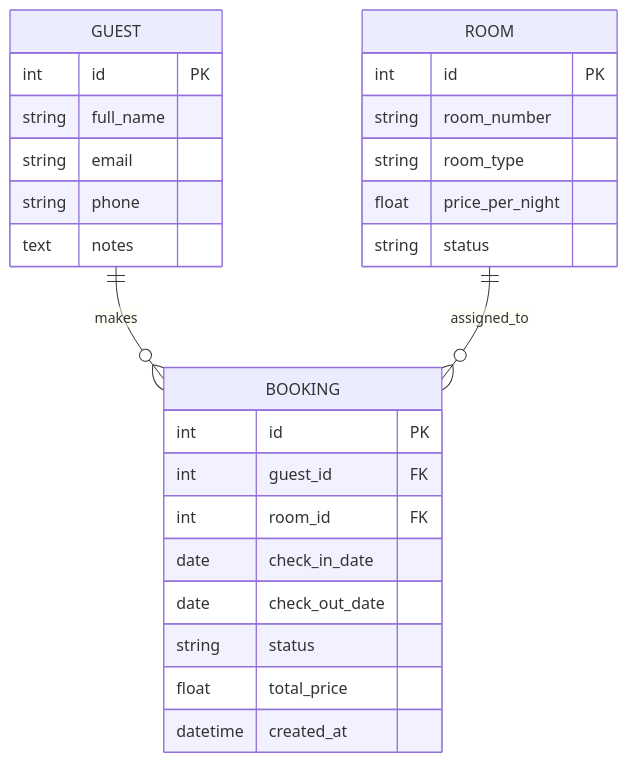
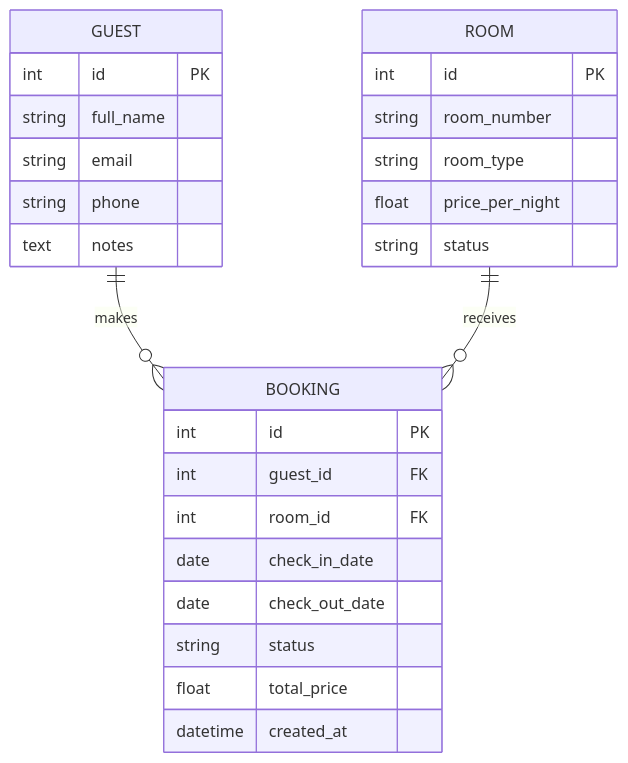
The first of 8 diagrams in docs/design-diagrams.md (vlad12-k/boutique-hotel-booking-system), drawn with Mermaid before and after one commit. The commit also changed other lines of this file and 19 other files, not shown here.

````diff
--- a/docs/design-diagrams.md
+++ b/docs/design-diagrams.md
@@ -21,32 +21,32 @@
 ```mermaid
 erDiagram
     GUEST ||--o{ BOOKING : makes
-    ROOM ||--o{ BOOKING : assigned_to
+    ROOM ||--o{ BOOKING : receives
 
     GUEST {
         int id PK
         string full_name
         string email
         string phone
         text notes
     }
 
     ROOM {
         int id PK
         string room_number
         string room_type
         float price_per_night
         string status
     }
 
     BOOKING {
         int id PK
         int guest_id FK
         int room_id FK
         date check_in_date
         date check_out_date
         string status
         float total_price
         datetime created_at
     }
 ```
````
